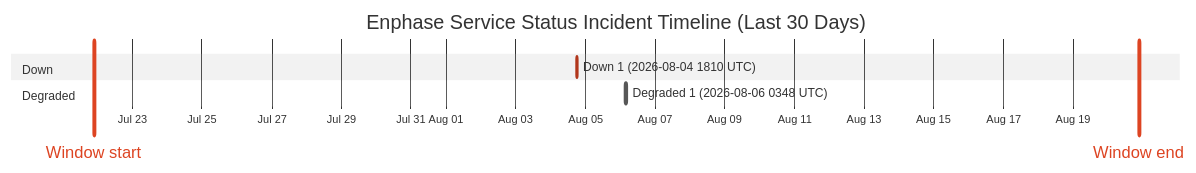
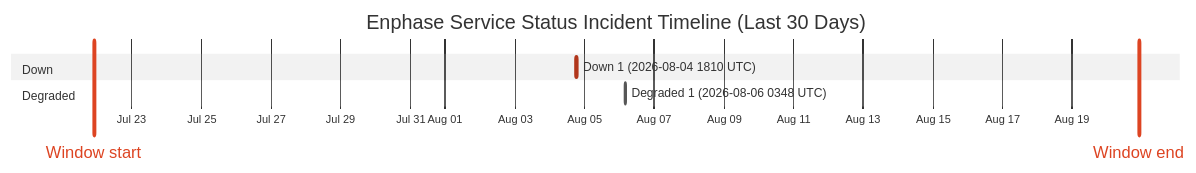
Before and after one commit to barneyonline/ha-enphase-energy: the diagram in wiki/Service-Status-History.md, drawn with Mermaid (neutral theme). The commit also changed other lines of this file and 3 other files, not shown here.

````diff
--- a/wiki/Service-Status-History.md
+++ b/wiki/Service-Status-History.md
@@ -14,12 +14,12 @@
 ```mermaid
 gantt
     title Enphase Service Status Incident Timeline (Last 30 Days)
     dateFormat  YYYY-MM-DDTHH:mm:ss
     axisFormat  %b %d
-    Window start :vert, window-start, 2026-07-21T21:25:28, 0ms
-    Window end :vert, window-end, 2026-08-20T21:25:28, 0ms
+    Window start :vert, window-start, 2026-07-21T21:53:25, 0ms
+    Window end :vert, window-end, 2026-08-20T21:53:25, 0ms
     section Down
     Down 1 (2026-08-04 1810 UTC) :crit, down-1, 2026-08-04T18:10:46, 60m
     section Degraded
     Degraded 1 (2026-08-06 0348 UTC) :active, degraded-1, 2026-08-06T03:48:14, 60m
 ```
````
